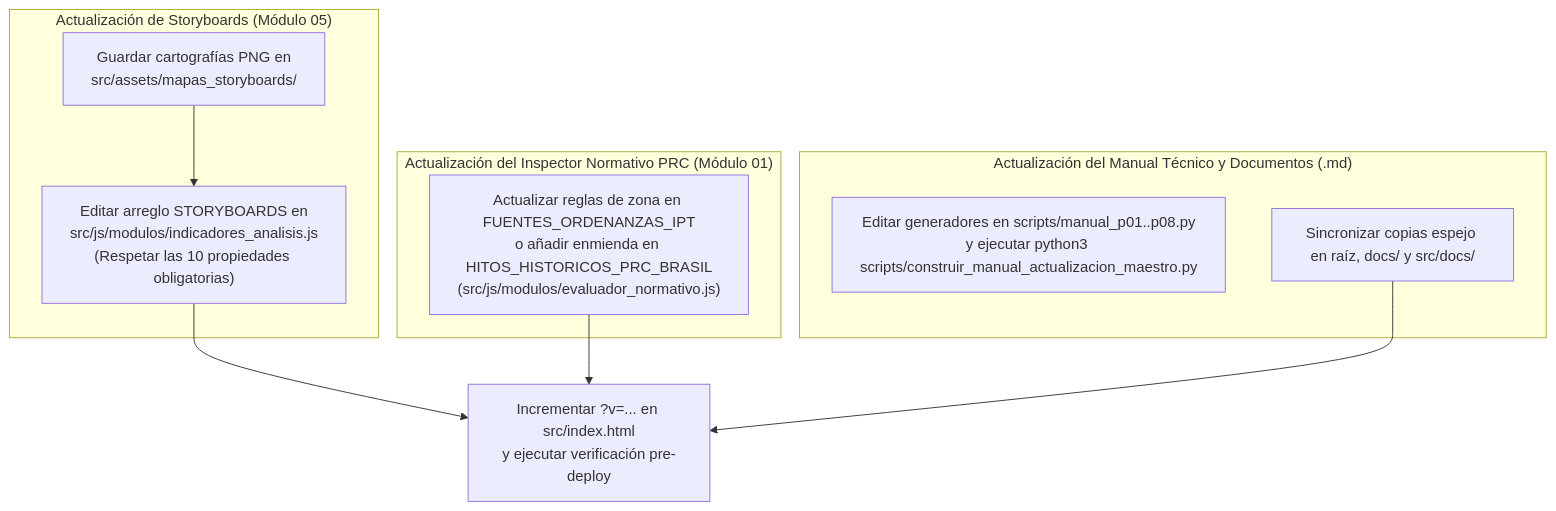
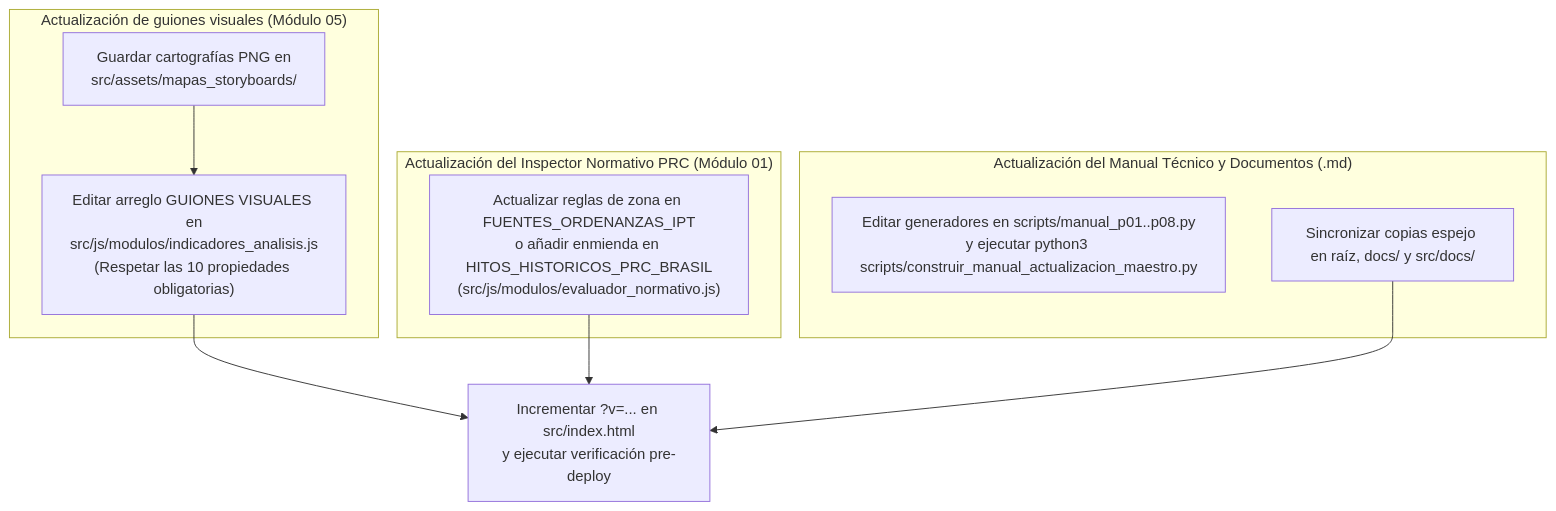
One commit to GEOJOTA/atlas-vgi-barrio-brasil changed the second of 2 diagrams in docs/CONTRIBUTING.md. Above: the diagram before and after it, drawn with Mermaid. The commit also changed other lines of this file and 28 other files, not shown here.

````diff
--- a/docs/CONTRIBUTING.md
+++ b/docs/CONTRIBUTING.md
@@ -78,19 +78,19 @@
 ```mermaid
 flowchart TD
-    subgraph MOD05["Actualización de Storyboards (Módulo 05)"]
+    subgraph MOD05["Actualización de guiones visuales (Módulo 05)"]
         SB1["Guardar cartografías PNG en<br/>src/assets/mapas_storyboards/"]
-        SB2["Editar arreglo STORYBOARDS en<br/>src/js/modulos/indicadores_analisis.js<br/>(Respetar las 10 propiedades obligatorias)"]
+        SB2["Editar arreglo GUIONES VISUALES en<br/>src/js/modulos/indicadores_analisis.js<br/>(Respetar las 10 propiedades obligatorias)"]
     end
 
     subgraph MOD01["Actualización del Inspector Normativo PRC (Módulo 01)"]
         PRC1["Actualizar reglas de zona en FUENTES_ORDENANZAS_IPT<br/>o añadir enmienda en HITOS_HISTORICOS_PRC_BRASIL<br/>(src/js/modulos/evaluador_normativo.js)"]
     end
 
     subgraph DOCS["Actualización del Manual Técnico y Documentos (.md)"]
         DOC1["Editar generadores en scripts/manual_p01..p08.py<br/>y ejecutar python3 scripts/construir_manual_actualizacion_maestro.py"]
         DOC2["Sincronizar copias espejo en raíz, docs/ y src/docs/"]
     end
 
     SB1 --> SB2
     SB2 & PRC1 & DOC2 --> VERIF["Incrementar ?v=... en src/index.html<br/>y ejecutar verificación pre-deploy"]
 ```
````
